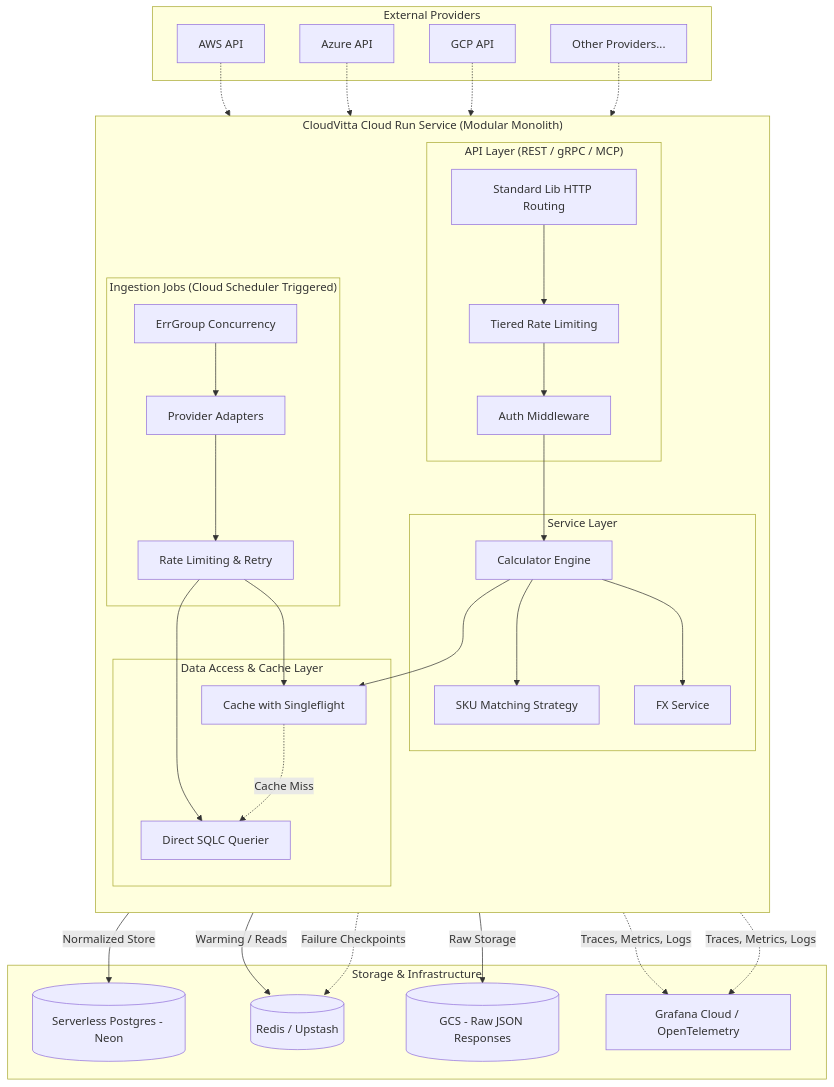
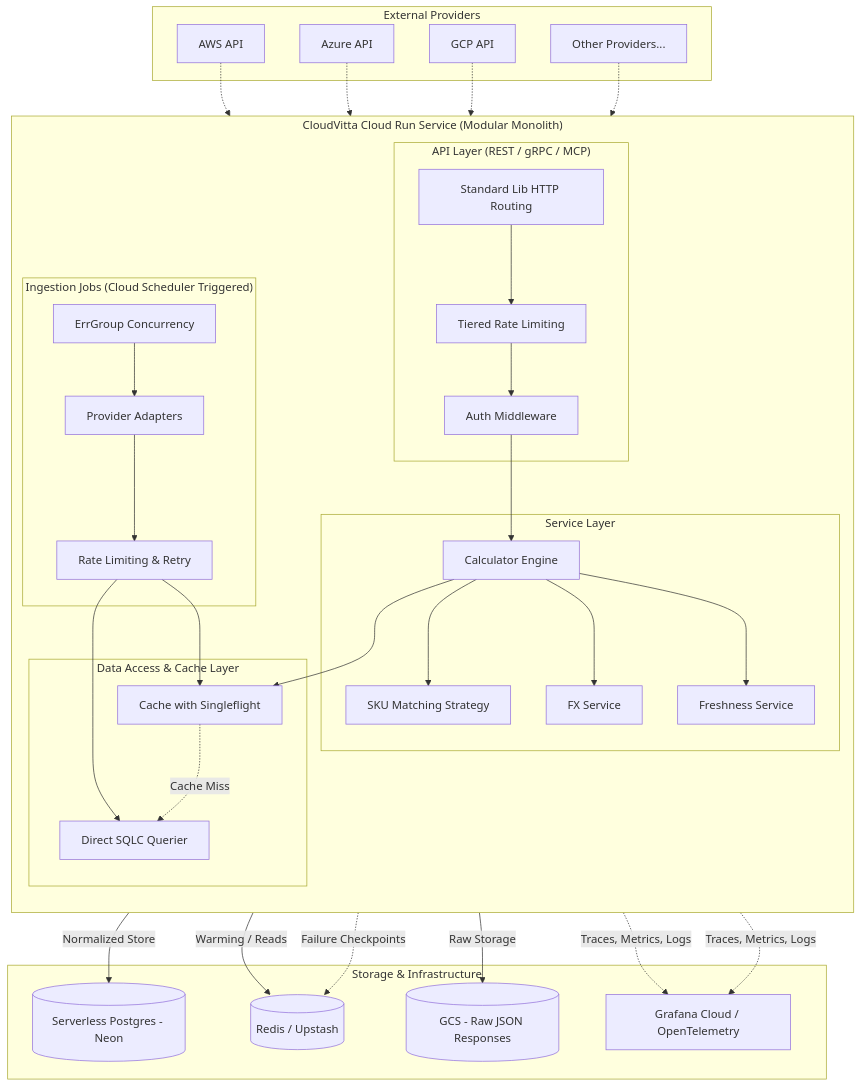
Before and after one commit to thatengineerguy21/cloudvitta: the diagram in docs/diagrams/01-system-architecture.md, drawn with Mermaid. The commit also changed 28 other files, not shown here.

````diff
--- a/docs/diagrams/01-system-architecture.md
+++ b/docs/diagrams/01-system-architecture.md
@@ -3,70 +3,72 @@
 ```mermaid
 flowchart TD
     subgraph "External Providers"
         P1[AWS API]
         P2[Azure API]
         P3[GCP API]
         PN[Other Providers...]
     end
 
     subgraph "CloudVitta Cloud Run Service (Modular Monolith)"
         direction TB
         
         subgraph "Ingestion Jobs (Cloud Scheduler Triggered)"
             I_WG[ErrGroup Concurrency]
             I_AD[Provider Adapters]
             I_RL[Rate Limiting & Retry]
             I_WG --> I_AD
             I_AD --> I_RL
         end
 
         subgraph "API Layer (REST / gRPC / MCP)"
             API_R[Standard Lib HTTP Routing]
             API_RL[Tiered Rate Limiting]
             API_Auth[Auth Middleware]
             API_R --> API_RL
             API_RL --> API_Auth
         end
 
         subgraph "Service Layer"
             S_CE[Calculator Engine]
             S_SM[SKU Matching Strategy]
             S_FX[FX Service]
+            S_FS[Freshness Service]
             
             S_CE --> S_SM
             S_CE --> S_FX
+            S_CE --> S_FS
         end
 
         subgraph "Data Access & Cache Layer"
             D_SQLC[Direct SQLC Querier]
             D_Cache[Cache with Singleflight]
         end
 
         API_Auth --> S_CE
         I_RL --> D_SQLC
         I_RL --> D_Cache
         S_CE --> D_Cache
         D_Cache -.->|Cache Miss| D_SQLC
     end
 
     subgraph "Storage & Infrastructure"
         DB[(Serverless Postgres - Neon)]
         Redis[(Redis / Upstash)]
         GCS[(GCS - Raw JSON Responses)]
         OTEL[Grafana Cloud / OpenTelemetry]
     end
 
     P1 -.-> I_WG
     P2 -.-> I_WG
     P3 -.-> I_WG
     PN -.-> I_WG
 
     I_AD -->|Raw Storage| GCS
     D_SQLC -->|Normalized Store| DB
     D_Cache -->|Warming / Reads| Redis
     
     %% Telemetry and DLQ
     API_Auth -.->|Traces, Metrics, Logs| OTEL
     I_WG -.->|Traces, Metrics, Logs| OTEL
     I_WG -.->|Failure Checkpoints| Redis
 ```
````
